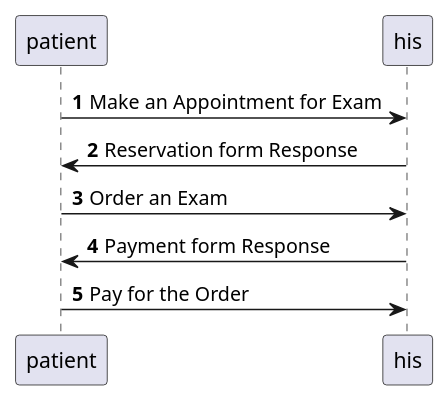
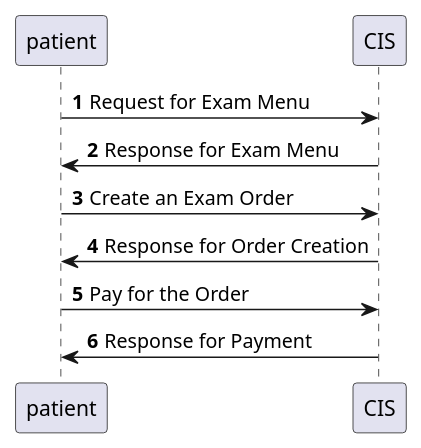
The second of 4 diagrams in README.md (twotwo/microservice-physical-exam), drawn with PlantUML before and after one commit. The commit also changed other lines of this file, not shown here.

Commit message:
Add Domain Models with DB Schema

````diff
--- a/README.md
+++ b/README.md
@@ -34,10 +39,11 @@
 ```plantuml
 @startuml
 autonumber
-patient -> his : Make an Appointment for Exam
-patient <- his : Reservation form Response
-patient -> his : Order an Exam
-patient <- his : Payment form Response
-patient -> his : Pay for the Order
+patient -> CIS : Request for Exam Menu
+patient <- CIS : Response for Exam Menu
+patient -> CIS : Create an Exam Order
+patient <- CIS : Response for Order Creation
+patient -> CIS : Pay for the Order
+patient <- CIS : Response for Payment
 @enduml
 ```
````
